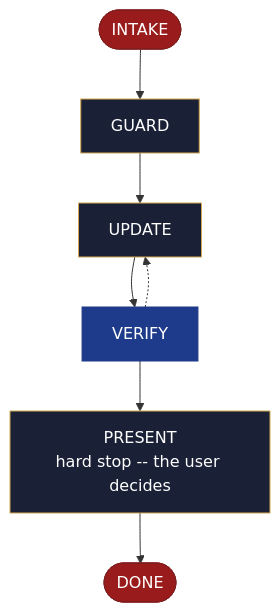
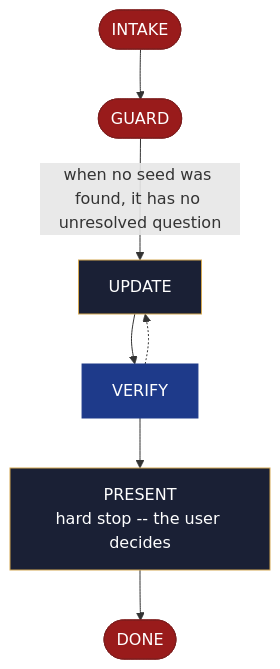
The diagram in site/src/content/docs/skills/aid-update-backlog.md (AndreVianna/aid-methodology), drawn with Mermaid before and after one commit. The commit also changed other lines of this file and 251 other files, not shown here.

````diff
--- a/site/src/content/docs/skills/aid-update-backlog.md
+++ b/site/src/content/docs/skills/aid-update-backlog.md
@@ -20,33 +20,33 @@
 ```mermaid
 flowchart TB
   classDef aidNode color:#fff
   classDef aidEntry fill:#166534,stroke:#14532d,color:#fff
   classDef aidExit fill:#991b1b,stroke:#7f1d1d,color:#fff
   classDef aidDecision fill:#92400e,stroke:#78350f,color:#fff
   classDef aidLoopBack fill:#1e3a8a,stroke:#1e3a8a,color:#fff
   classDef aidStep fill:#1a2035,stroke:#d4a853,color:#f1f5f9
   n1(["INTAKE"])
-  n2["GUARD"]
+  n2(["GUARD"])
   n3["UPDATE"]
   n4["VERIFY"]
   n5["PRESENT<br/>hard stop -- the user decides"]
   n6(["DONE"])
   n1 --> n2
-  n2 --> n3
+  n2 -->|"when no seed was found, it has no unresolved question"| n3
   n3 --> n4
   n4 -.-> n3
   n4 --> n5
   n5 --> n6
   class n1 aidExit
-  class n2 aidStep
+  class n2 aidExit
   class n3 aidStep
   class n4 aidLoopBack
   class n5 aidStep
   class n6 aidExit
   class n1 aidNode
   class n2 aidNode
   class n3 aidNode
   class n4 aidNode
   class n5 aidNode
   class n6 aidNode
 ```
````
